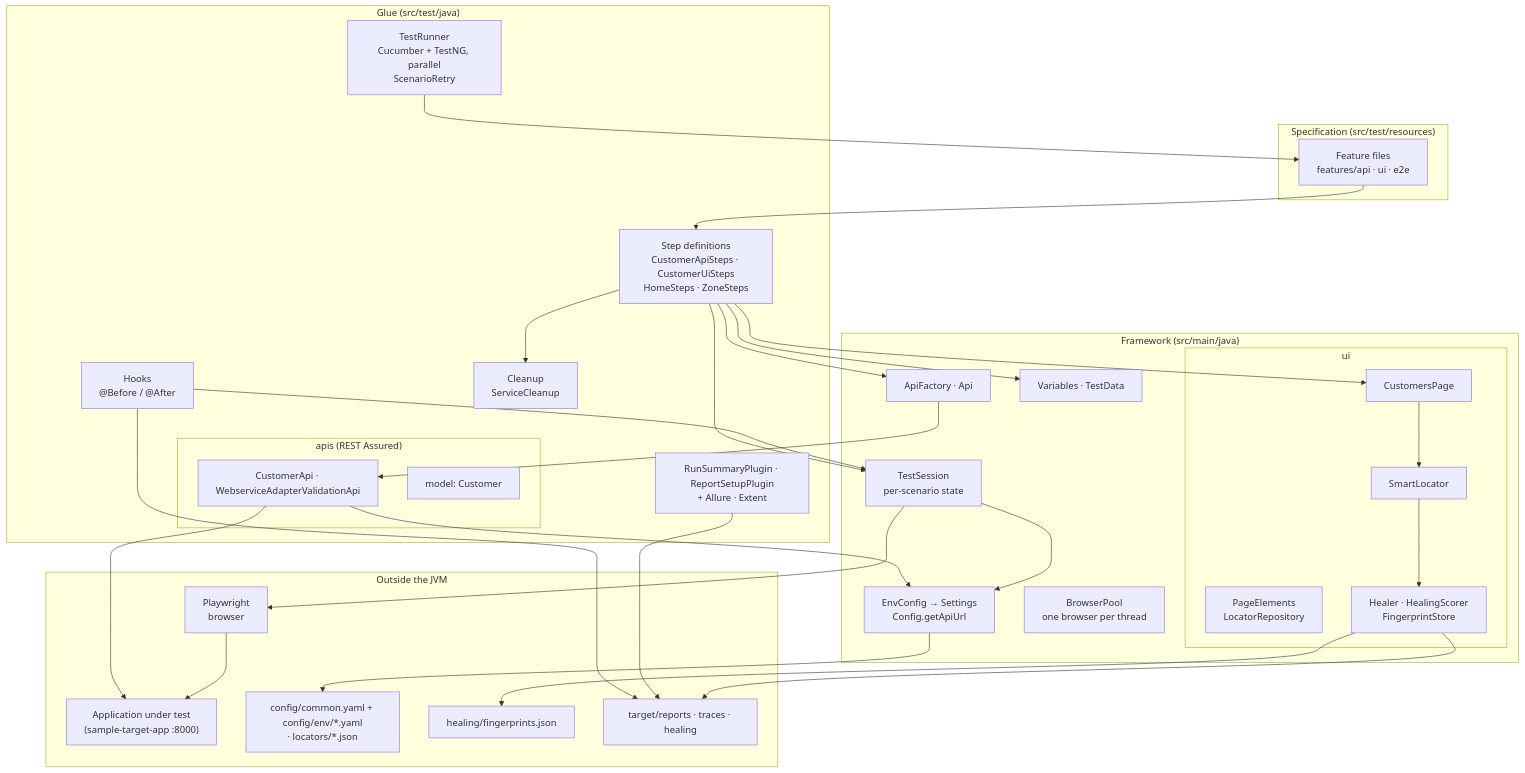
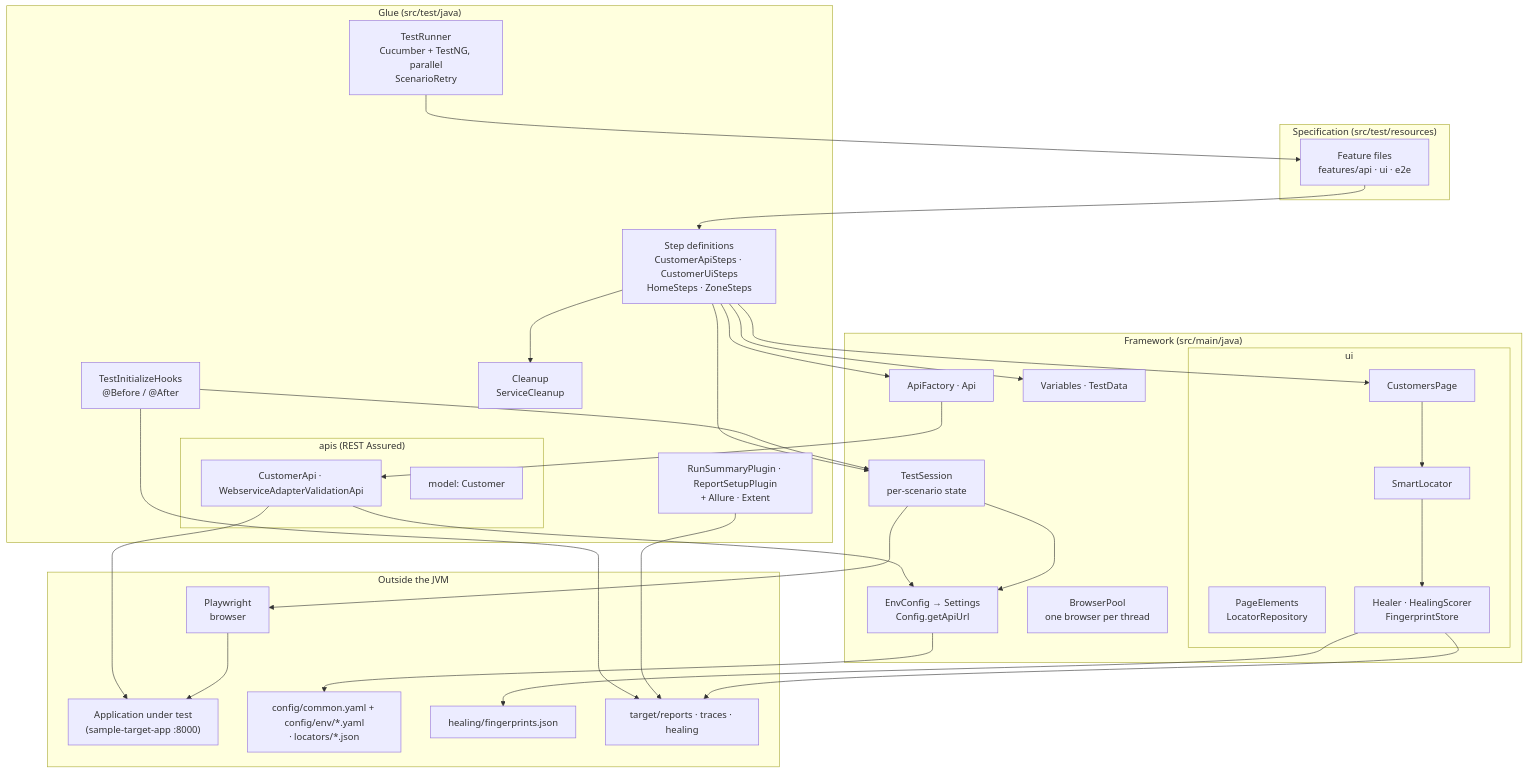
One commit to JayeshKumud/agentic-qa-java changed the first of 7 diagrams in docs/architecture.md. Above: the diagram before and after it, drawn with Mermaid. The commit also changed other lines of this file and 34 other files, not shown here.

First line of the commit message:
Port TestRunner and TestInitializeHooks setup: tag checks, step screenshots, execution summary

````diff
--- a/docs/architecture.md
+++ b/docs/architecture.md
@@ -23,56 +23,56 @@
 ```mermaid
 flowchart TB
     subgraph Spec["Specification (src/test/resources)"]
         F["Feature files<br/>features/api · ui · e2e"]
     end
 
     subgraph Glue["Glue (src/test/java)"]
         R["TestRunner<br/>Cucumber + TestNG, parallel<br/>ScenarioRetry"]
-        H["Hooks<br/>@Before / @After"]
+        H["TestInitializeHooks<br/>@Before / @After"]
         ST["Step definitions<br/>CustomerApiSteps · CustomerUiSteps<br/>HomeSteps · ZoneSteps"]
         CL["Cleanup<br/>ServiceCleanup"]
         subgraph APIS["apis (REST Assured)"]
             CA["CustomerApi · WebserviceAdapterValidationApi"]
             MD["model: Customer"]
         end
         RP["RunSummaryPlugin · ReportSetupPlugin<br/>+ Allure · Extent"]
     end
 
     subgraph Core["Framework (src/main/java)"]
         S["TestSession<br/>per-scenario state"]
         BP["BrowserPool<br/>one browser per thread"]
         V["Variables · TestData"]
         AF["ApiFactory · Api"]
         subgraph UI["ui"]
             PO["CustomersPage"]
             LR["PageElements<br/>LocatorRepository"]
             SL["SmartLocator"]
             HE["Healer · HealingScorer<br/>FingerprintStore"]
         end
         CFG["EnvConfig → Settings<br/>Config.getApiUrl"]
     end
 
     subgraph Ext["Outside the JVM"]
         PW["Playwright<br/>browser"]
         APP["Application under test<br/>(sample-target-app :8000)"]
         YAML["config/common.yaml + config/env/*.yaml<br/>· locators/*.json"]
         FP["healing/fingerprints.json"]
         OUT["target/reports · traces · healing"]
     end
 
     R --> F
     F --> ST
     ST --> S & V & AF & PO
     ST --> CL
     AF --> CA
     CA --> CFG
     CA --> APP
     H --> S
     PO --> SL --> HE
     S --> PW --> APP
     S --> CFG --> YAML
     HE --> FP
     H --> OUT
     RP --> OUT
     HE --> OUT
 ```
````
